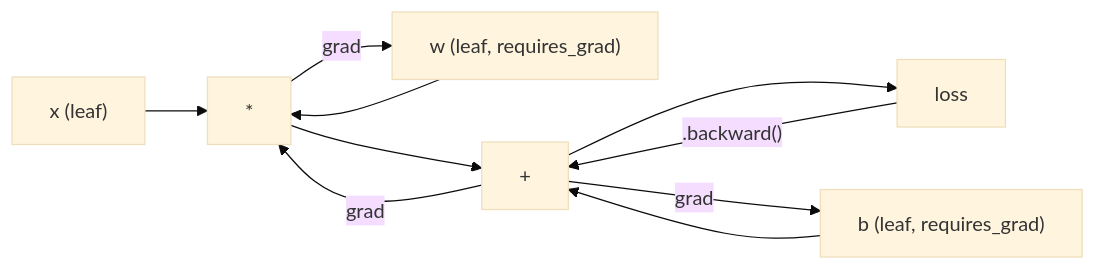
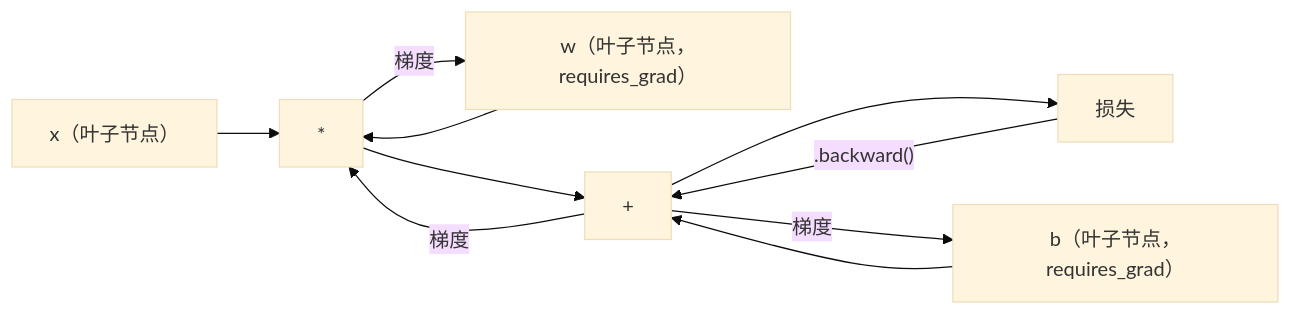
One commit to alessandrodinisio-ai/ai-engineering-learning-framework changed the first of 2 diagrams in phases/03-deep-learning-core/11-intro-to-pytorch/docs/zh.md. Above: the diagram before and after it, drawn with Mermaid (base theme). The commit also changed other lines of this file and 120 other files, not shown here.

First line of the commit message:
i18n(mermaid): 337 个 mermaid 图表标签中文化

````diff
--- a/phases/03-deep-learning-core/11-intro-to-pytorch/docs/zh.md
+++ b/phases/03-deep-learning-core/11-intro-to-pytorch/docs/zh.md
@@ -90,12 +90,12 @@
 ```mermaid
 graph LR
-    x["x (leaf)"] --> mul["*"]
-    w["w (leaf, requires_grad)"] --> mul
+    x["x（叶子节点）"] --> mul["*"]
+    w["w（叶子节点，requires_grad）"] --> mul
     mul --> add["+"]
-    b["b (leaf, requires_grad)"] --> add
-    add --> loss["loss"]
+    b["b（叶子节点，requires_grad）"] --> add
+    add --> loss["损失"]
     loss --> |".backward()"| add
-    add --> |"grad"| b
-    add --> |"grad"| mul
-    mul --> |"grad"| w
+    add --> |"梯度"| b
+    add --> |"梯度"| mul
+    mul --> |"梯度"| w
 ```
````
